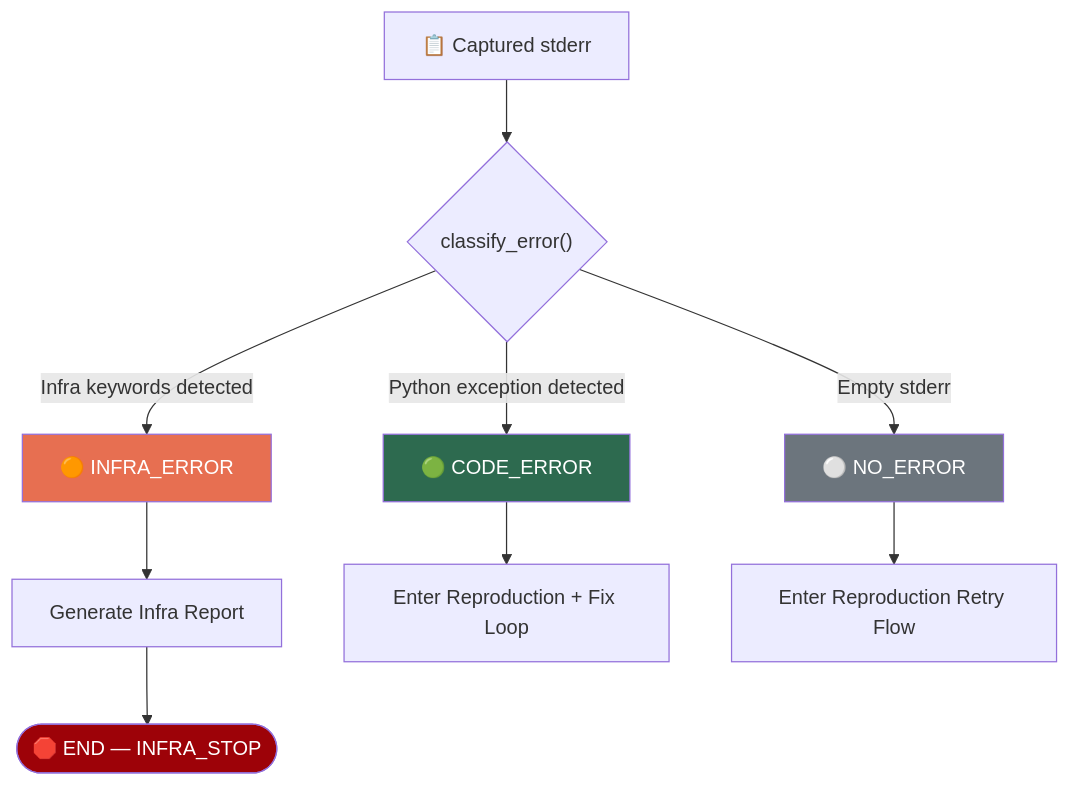
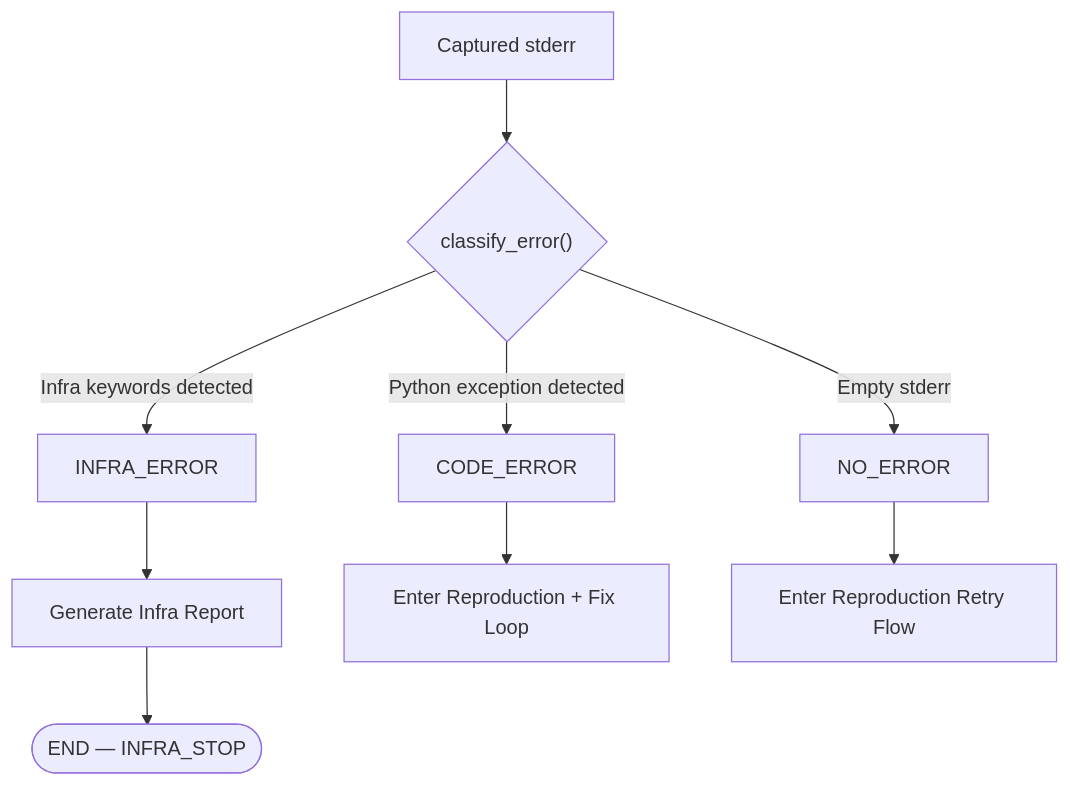
One commit to AmanKushwaha-17/OPSGUARD changed the second of 3 diagrams in README.md. Above: the diagram before and after it, drawn with Mermaid. The commit also changed other lines of this file, not shown here.

Commit message:
Update README flowchart and reporting docs

````diff
--- a/README.md
+++ b/README.md
@@ -104,19 +64,14 @@
 ```mermaid
 flowchart TD
-    STDERR["📋 Captured stderr"] --> CLASSIFY{"classify_error()"}
+    STDERR["Captured stderr"] --> CLASSIFY{"classify_error()"}
 
-    CLASSIFY -->|"Infra keywords detected"| INFRA["🟠 INFRA_ERROR"]
-    CLASSIFY -->|"Python exception detected"| CODE["🟢 CODE_ERROR"]
-    CLASSIFY -->|"Empty stderr"| NONE["⚪ NO_ERROR"]
+    CLASSIFY -->|"Infra keywords detected"| INFRA["INFRA_ERROR"]
+    CLASSIFY -->|"Python exception detected"| CODE["CODE_ERROR"]
+    CLASSIFY -->|"Empty stderr"| NONE["NO_ERROR"]
 
     INFRA --> INFRA_REPORT["Generate Infra Report"]
-    INFRA_REPORT --> END_INFRA(["🛑 END — INFRA_STOP"])
+    INFRA_REPORT --> END_INFRA(["END — INFRA_STOP"])
 
     CODE --> REPRO["Enter Reproduction + Fix Loop"]
     NONE --> RETRY["Enter Reproduction Retry Flow"]
-
-    style INFRA fill:#e76f51,color:#fff
-    style CODE fill:#2d6a4f,color:#fff
-    style NONE fill:#6c757d,color:#fff
-    style END_INFRA fill:#9d0208,color:#fff
 ```
````
